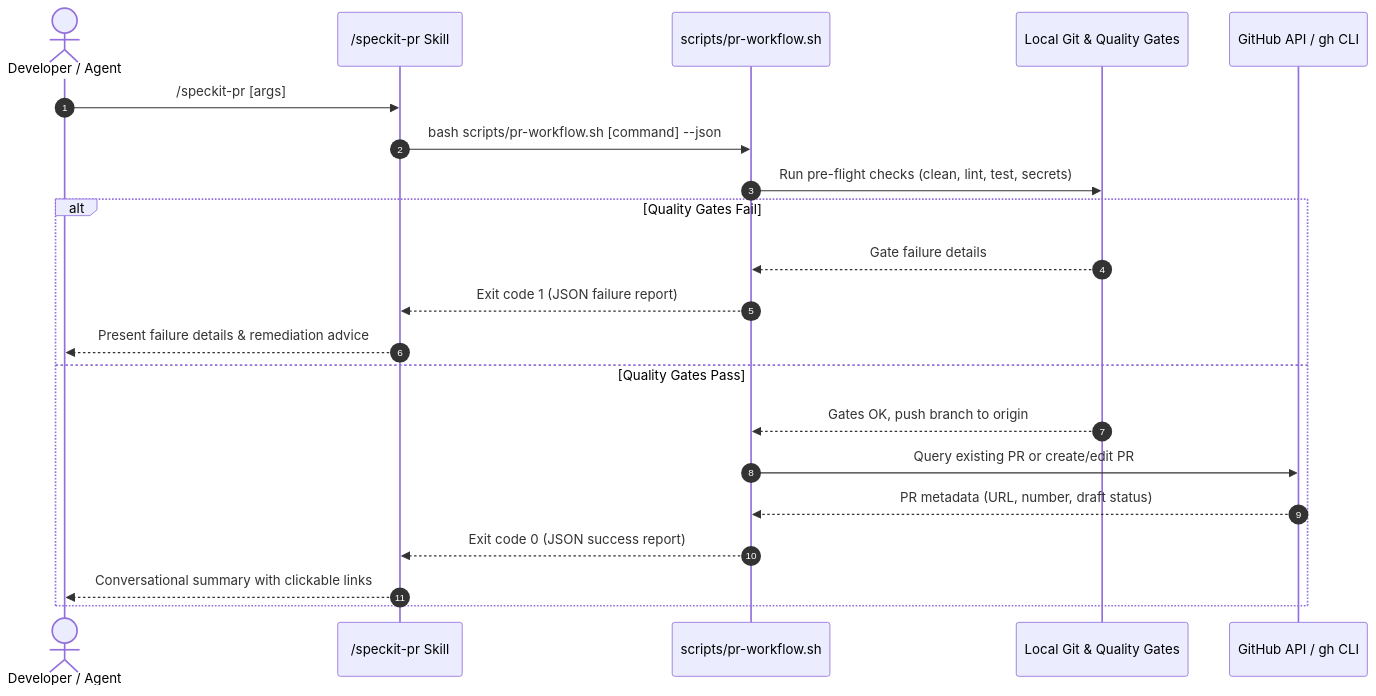
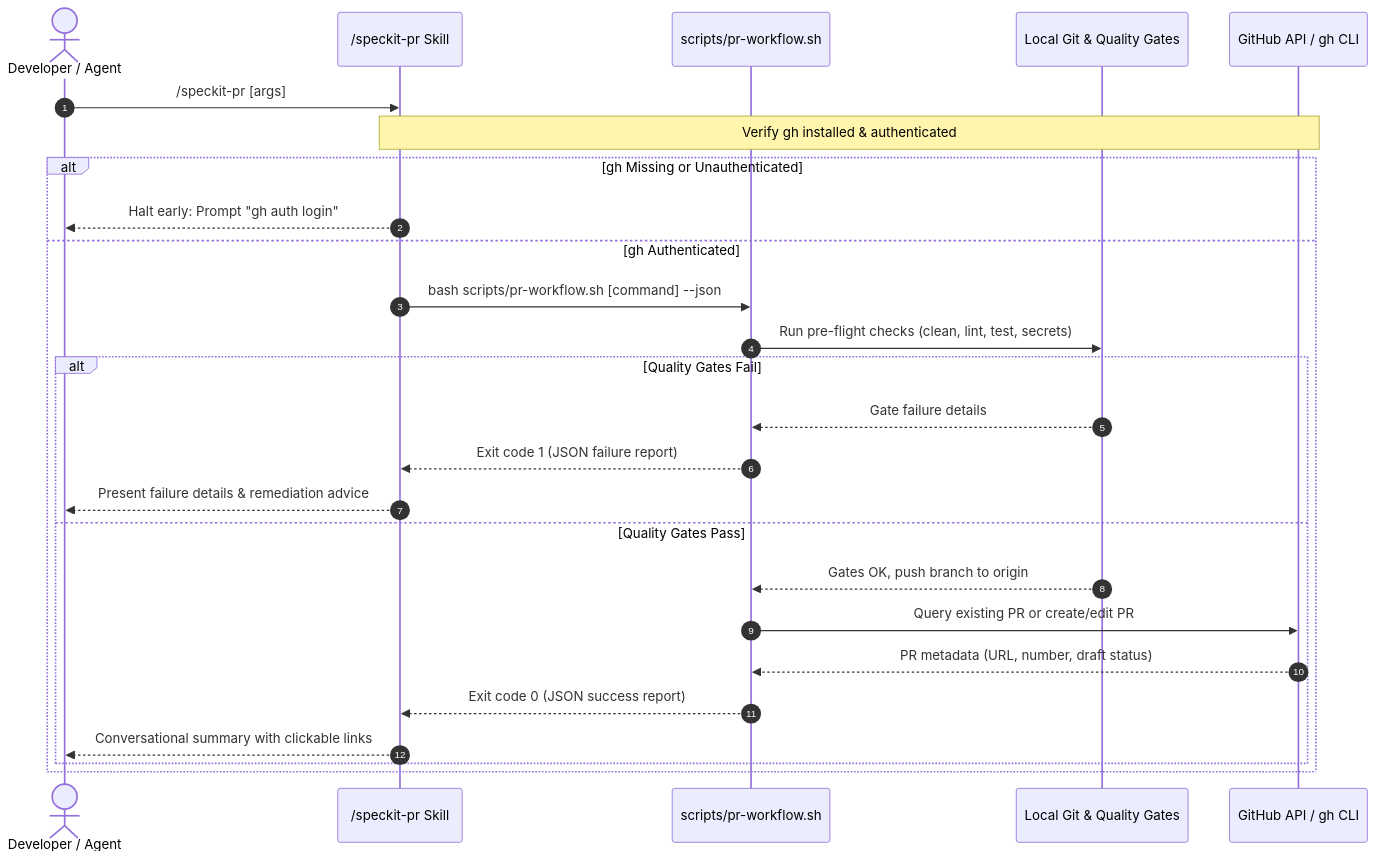
Before and after one commit to dinhlockt02/myspace: the diagram in specs/007-manage-pr-workflow/contracts/skill-contract.md, drawn with Mermaid. The commit also changed 6 other files, not shown here.

Commit message:
feat(pr): require gh CLI and auth verification prior to executing PR workflows

````diff
--- a/specs/007-manage-pr-workflow/contracts/skill-contract.md
+++ b/specs/007-manage-pr-workflow/contracts/skill-contract.md
@@ -35,24 +35,29 @@
 ```mermaid
 sequenceDiagram
     autonumber
     actor Dev as Developer / Agent
     participant Skill as /speckit-pr Skill
     participant CLI as scripts/pr-workflow.sh
     participant Git as Local Git & Quality Gates
     participant GitHub as GitHub API / gh CLI
 
     Dev->>Skill: /speckit-pr [args]
-    Skill->>CLI: bash scripts/pr-workflow.sh [command] --json
-    CLI->>Git: Run pre-flight checks (clean, lint, test, secrets)
-    alt Quality Gates Fail
-        Git-->>CLI: Gate failure details
-        CLI-->>Skill: Exit code 1 (JSON failure report)
-        Skill-->>Dev: Present failure details & remediation advice
-    else Quality Gates Pass
-        Git-->>CLI: Gates OK, push branch to origin
-        CLI->>GitHub: Query existing PR or create/edit PR
-        GitHub-->>CLI: PR metadata (URL, number, draft status)
-        CLI-->>Skill: Exit code 0 (JSON success report)
-        Skill-->>Dev: Conversational summary with clickable links
+    Note over Skill,GitHub: Verify gh installed & authenticated
+    alt gh Missing or Unauthenticated
+        Skill-->>Dev: Halt early: Prompt "gh auth login"
+    else gh Authenticated
+        Skill->>CLI: bash scripts/pr-workflow.sh [command] --json
+        CLI->>Git: Run pre-flight checks (clean, lint, test, secrets)
+        alt Quality Gates Fail
+            Git-->>CLI: Gate failure details
+            CLI-->>Skill: Exit code 1 (JSON failure report)
+            Skill-->>Dev: Present failure details & remediation advice
+        else Quality Gates Pass
+            Git-->>CLI: Gates OK, push branch to origin
+            CLI->>GitHub: Query existing PR or create/edit PR
+            GitHub-->>CLI: PR metadata (URL, number, draft status)
+            CLI-->>Skill: Exit code 0 (JSON success report)
+            Skill-->>Dev: Conversational summary with clickable links
+        end
     end
 ```
````
